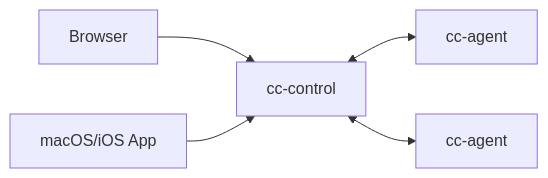
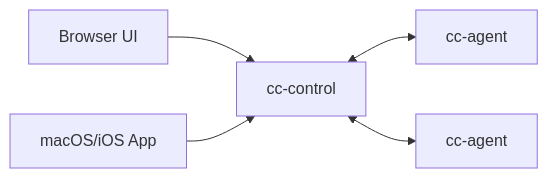
The diagram in README.md (xuzhougeng/agent-control), drawn with Mermaid before and after one commit. The commit also changed other lines of this file and 4 other files, not shown here.

````diff
--- a/README.md
+++ b/README.md
@@ -7,7 +7,7 @@
 ```mermaid
 flowchart LR
-    Browser["Browser"] --> CC["cc-control"]
+    Browser["Browser UI"] --> CC["cc-control"]
     App["macOS/iOS App"] --> CC
     CC <--> A1["cc-agent"]
     CC <--> A2["cc-agent"]
 ```
````
